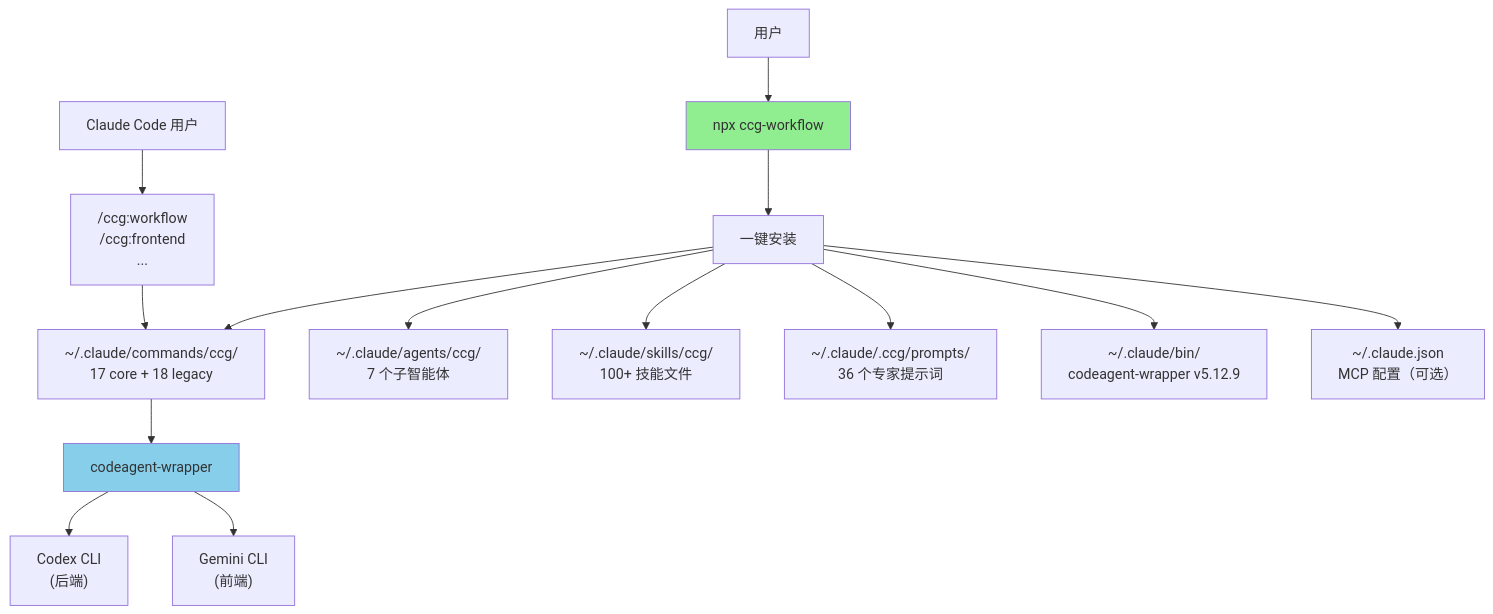
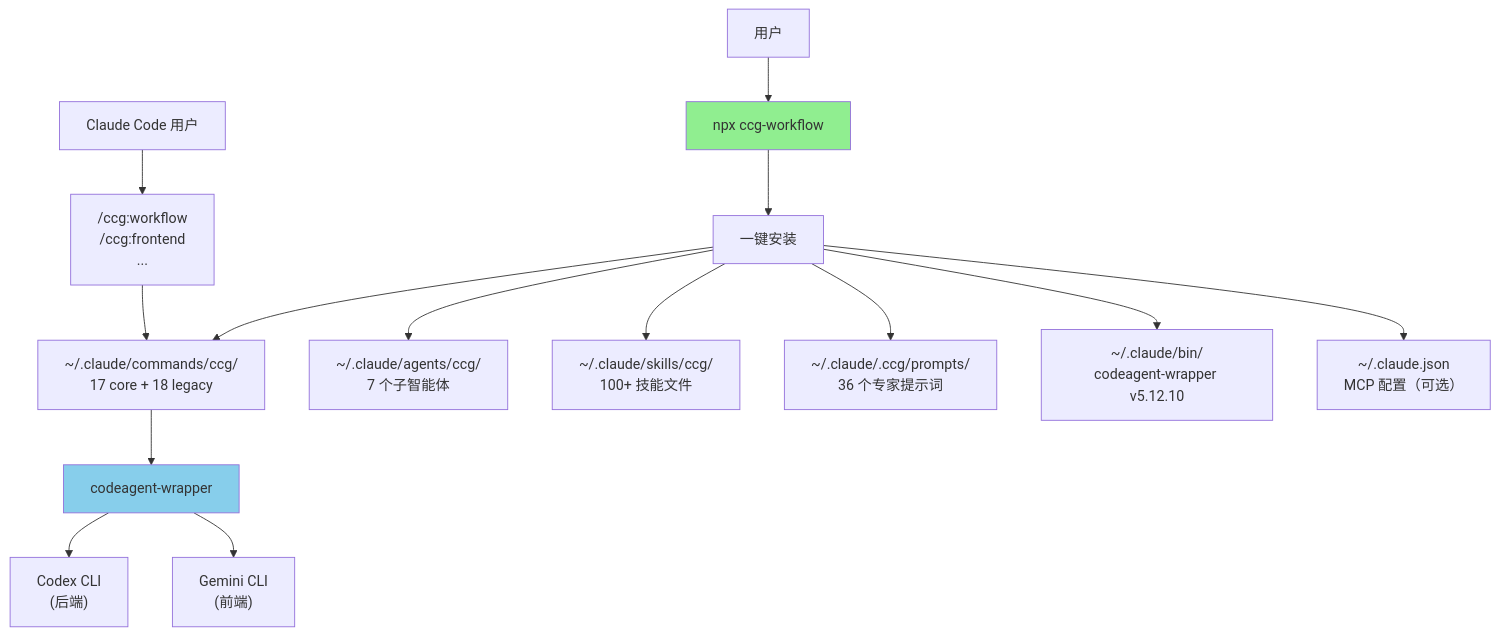
Before and after one commit to jed-zed/ccg-gptpro-worflow: the diagram in CLAUDE.md, drawn with Mermaid. The commit also changed other lines of this file and 29 other files, not shown here.

````diff
--- a/CLAUDE.md
+++ b/CLAUDE.md
@@ -696,22 +703,22 @@
 ```mermaid
 graph TD
     User["用户"] --> CLI["npx ccg-workflow"]
     CLI --> Init["一键安装"]
 
     Init --> Commands["~/.claude/commands/ccg/<br/>17 core + 18 legacy"]
     Init --> Agents["~/.claude/agents/ccg/<br/>7 个子智能体"]
     Init --> Skills["~/.claude/skills/ccg/<br/>100+ 技能文件"]
     Init --> Prompts["~/.claude/.ccg/prompts/<br/>36 个专家提示词"]
-    Init --> Binary["~/.claude/bin/<br/>codeagent-wrapper v5.12.9"]
+    Init --> Binary["~/.claude/bin/<br/>codeagent-wrapper v5.12.10"]
     Init --> MCP["~/.claude.json<br/>MCP 配置（可选）"]
 
     User2["Claude Code 用户"] --> SlashCmd["/ccg:workflow<br/>/ccg:frontend<br/>..."]
     SlashCmd --> Commands
 
     Commands --> Wrapper["codeagent-wrapper"]
     Wrapper --> Codex["Codex CLI<br/>(后端)"]
     Wrapper --> Gemini["Gemini CLI<br/>(前端)"]
 
     style CLI fill:#90EE90
     style Wrapper fill:#87CEEB
 ```
````
